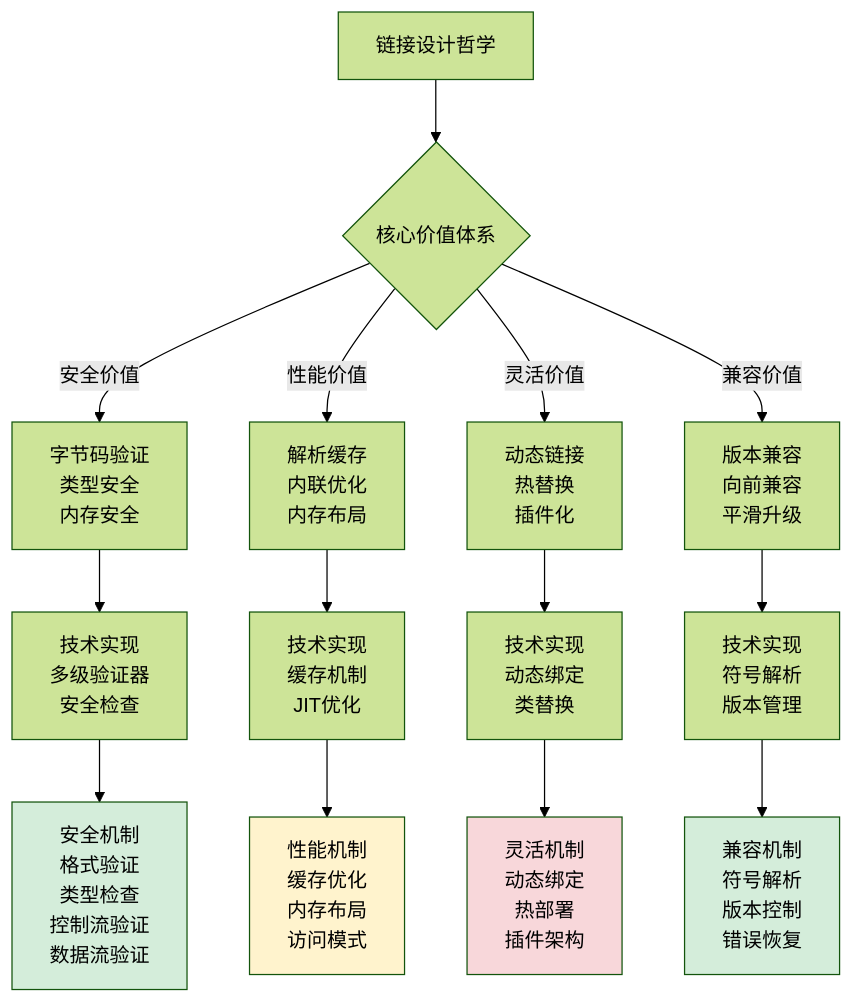
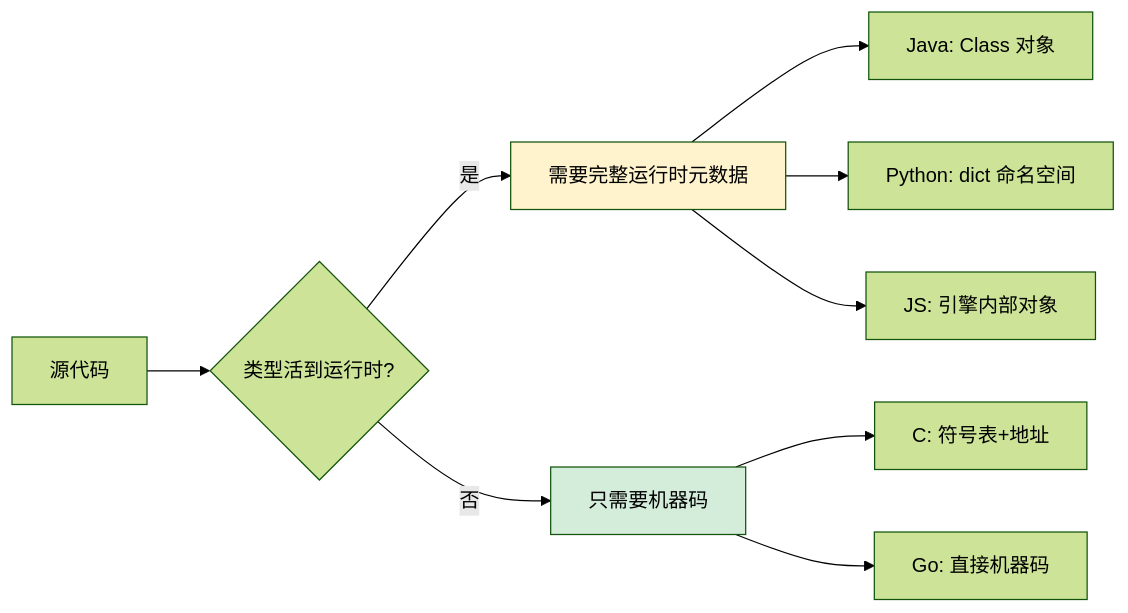
Diagram 12 of 15 in docs/10.专栏/02.程序编程原理/03.运行时模型/01.类的加载核心原理.md (chongyang211/YCBookBlog), drawn with Mermaid (forest theme) before and after one commit. The commit also changed other lines of this file and 34 other files, not shown here.

````diff
--- a/docs/10.专栏/02.程序编程原理/03.运行时模型/01.类的加载核心原理.md
+++ b/docs/10.专栏/02.程序编程原理/03.运行时模型/01.类的加载核心原理.md
@@ -2249,23 +1233,13 @@
 ```mermaid
-graph TB
-    A[链接设计哲学] --> B{核心价值体系}
-    B -->|安全价值| C[字节码验证<br/>类型安全<br/>内存安全]
-    B -->|性能价值| D[解析缓存<br/>内联优化<br/>内存布局]
-    B -->|灵活价值| E[动态链接<br/>热替换<br/>插件化]
-    B -->|兼容价值| F[版本兼容<br/>向前兼容<br/>平滑升级]
-    
-    C --> C1[技术实现<br/>多级验证器<br/>安全检查]
-    D --> D1[技术实现<br/>缓存机制<br/>JIT优化]
-    E --> E1[技术实现<br/>动态绑定<br/>类替换]
-    F --> F1[技术实现<br/>符号解析<br/>版本管理]
-    
-    C1 --> C2[安全机制<br/>格式验证<br/>类型检查<br/>控制流验证<br/>数据流验证]
-    D1 --> D2[性能机制<br/>缓存优化<br/>内存布局<br/>访问模式]
-    E1 --> E2[灵活机制<br/>动态绑定<br/>热部署<br/>插件架构]
-    F1 --> F2[兼容机制<br/>符号解析<br/>版本控制<br/>错误恢复]
-    
-    style C2 fill:#d4edda
-    style D2 fill:#fff3cd
-    style E2 fill:#f8d7da
-    style F2 fill:#d4edda
+flowchart LR
+    A[源代码] --> B{类型活到运行时?}
+    B -->|是| C[需要完整运行时元数据]
+    C --> C1[Java: Class 对象]
+    C --> C2[Python: dict 命名空间]
+    C --> C3[JS: 引擎内部对象]
+    B -->|否| D[只需要机器码]
+    D --> D1[C: 符号表+地址]
+    D --> D2[Go: 直接机器码]
+    style C fill:#fff3cd
+    style D fill:#d4edda
 ```
````
